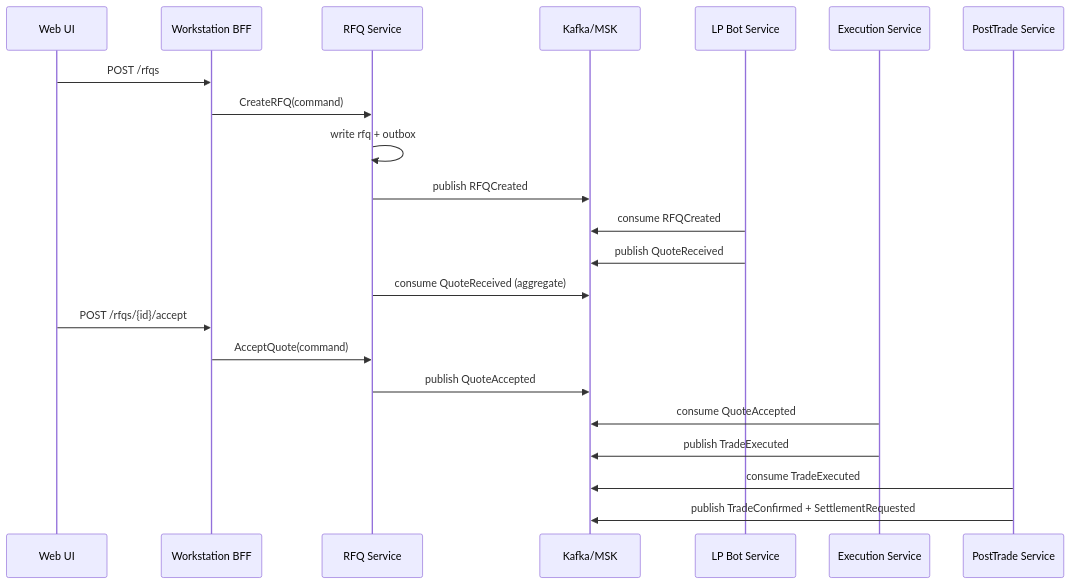
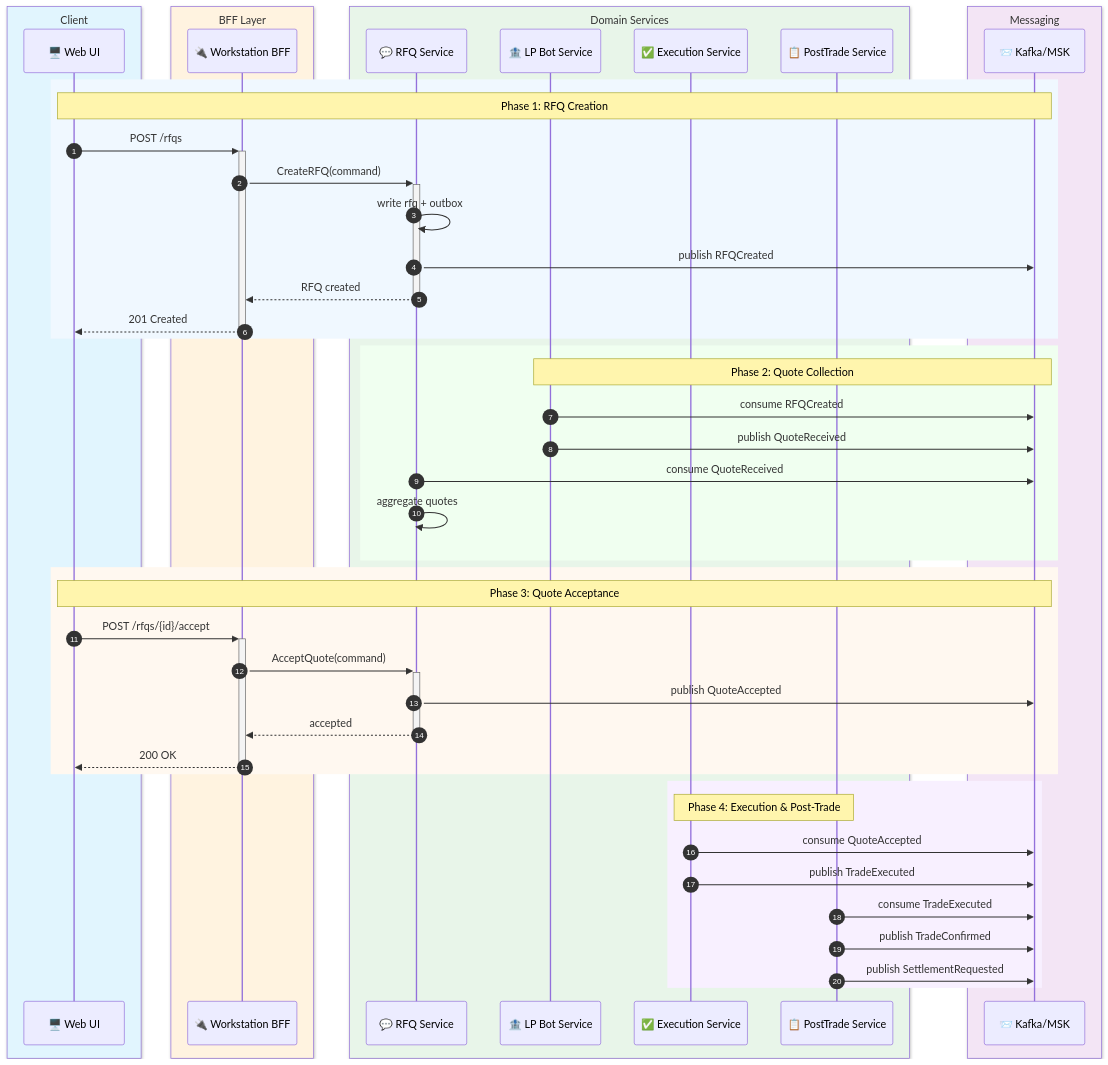
The fourth of 4 diagrams in PRD.md (oladejiayo/Orion), drawn with Mermaid before and after one commit. The commit also changed other lines of this file and 1 other file, not shown here.

Commit message:
style: enhance Mermaid diagrams with colors, subgraphs, emojis, and better organization

````diff
--- a/PRD.md
+++ b/PRD.md
@@ -971,25 +1057,55 @@
 ```mermaid
 sequenceDiagram
-  participant UI as Web UI
-  participant BFF as Workstation BFF
-  participant RFQ as RFQ Service
-  participant K as Kafka/MSK
-  participant LP as LP Bot Service
-  participant EX as Execution Service
-  participant PT as PostTrade Service
+  autonumber
+  box rgb(225, 245, 254) Client
+    participant UI as 🖥️ Web UI
+  end
+  box rgb(255, 243, 224) BFF Layer
+    participant BFF as 🔌 Workstation BFF
+  end
+  box rgb(232, 245, 233) Domain Services
+    participant RFQ as 💬 RFQ Service
+    participant LP as 🏦 LP Bot Service
+    participant EX as ✅ Execution Service
+    participant PT as 📋 PostTrade Service
+  end
+  box rgb(243, 229, 245) Messaging
+    participant K as 📨 Kafka/MSK
+  end
 
-  UI->>BFF: POST /rfqs
-  BFF->>RFQ: CreateRFQ(command)
-  RFQ->>RFQ: write rfq + outbox
-  RFQ->>K: publish RFQCreated
-  LP->>K: consume RFQCreated
-  LP->>K: publish QuoteReceived
-  RFQ->>K: consume QuoteReceived (aggregate)
-  UI->>BFF: POST /rfqs/{id}/accept
-  BFF->>RFQ: AcceptQuote(command)
-  RFQ->>K: publish QuoteAccepted
-  EX->>K: consume QuoteAccepted
-  EX->>K: publish TradeExecuted
-  PT->>K: consume TradeExecuted
-  PT->>K: publish TradeConfirmed + SettlementRequested
+  rect rgb(240, 248, 255)
+    Note over UI,K: Phase 1: RFQ Creation
+    UI->>+BFF: POST /rfqs
+    BFF->>+RFQ: CreateRFQ(command)
+    RFQ->>RFQ: write rfq + outbox
+    RFQ->>K: publish RFQCreated
+    RFQ-->>-BFF: RFQ created
+    BFF-->>-UI: 201 Created
+  end
+
+  rect rgb(240, 255, 240)
+    Note over LP,K: Phase 2: Quote Collection
+    LP->>K: consume RFQCreated
+    LP->>K: publish QuoteReceived
+    RFQ->>K: consume QuoteReceived
+    RFQ->>RFQ: aggregate quotes
+  end
+
+  rect rgb(255, 248, 240)
+    Note over UI,K: Phase 3: Quote Acceptance
+    UI->>+BFF: POST /rfqs/{id}/accept
+    BFF->>+RFQ: AcceptQuote(command)
+    RFQ->>K: publish QuoteAccepted
+    RFQ-->>-BFF: accepted
+    BFF-->>-UI: 200 OK
+  end
+
+  rect rgb(248, 240, 255)
+    Note over EX,PT: Phase 4: Execution & Post-Trade
+    EX->>K: consume QuoteAccepted
+    EX->>K: publish TradeExecuted
+    PT->>K: consume TradeExecuted
+    PT->>K: publish TradeConfirmed
+    PT->>K: publish SettlementRequested
+  end
 ```
````
